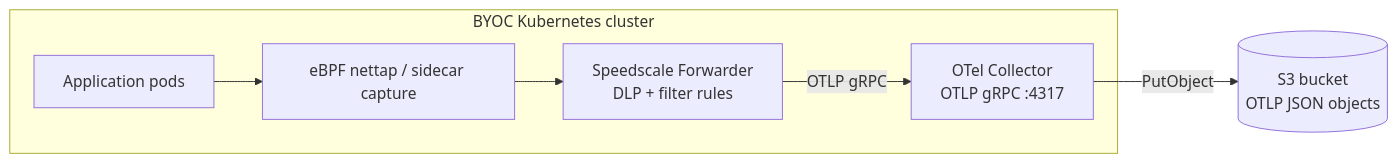
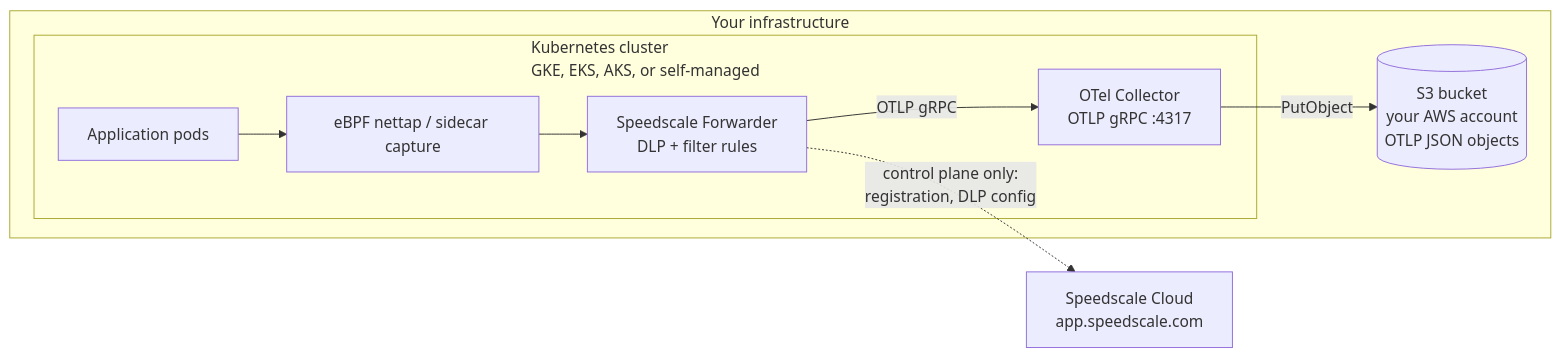
The diagram in charts/fluentbit-s3/README.md (speedscale/speedscale-byoc), drawn with Mermaid before and after one commit. The commit also changed other lines of this file and 5 other files, not shown here.

First line of the commit message:
docs: show cloud and tenant boundaries in BYOC architecture diagrams (#41)

````diff
--- a/charts/fluentbit-s3/README.md
+++ b/charts/fluentbit-s3/README.md
@@ -18,14 +18,18 @@
 ```mermaid
 flowchart LR
-  subgraph K8s[BYOC Kubernetes cluster]
-    Apps[Application pods]
-    Cap[eBPF nettap / sidecar capture]
-    Fwd[Speedscale Forwarder<br/>DLP + filter rules]
-    OTel[OTel Collector<br/>OTLP gRPC :4317]
+  subgraph Yours[Your infrastructure]
+    subgraph K8s[Kubernetes cluster<br/>GKE, EKS, AKS, or self-managed]
+      Apps[Application pods]
+      Cap[eBPF nettap / sidecar capture]
+      Fwd[Speedscale Forwarder<br/>DLP + filter rules]
+      OTel[OTel Collector<br/>OTLP gRPC :4317]
+    end
+    S3[(S3 bucket<br/>your AWS account<br/>OTLP JSON objects)]
   end
-  S3[(S3 bucket<br/>OTLP JSON objects)]
+  SC[Speedscale Cloud<br/>app.speedscale.com]
 
   Apps --> Cap --> Fwd
   Fwd -->|OTLP gRPC| OTel
   OTel -->|PutObject| S3
+  Fwd -.->|control plane only:<br/>registration, DLP config| SC
 ```
````
